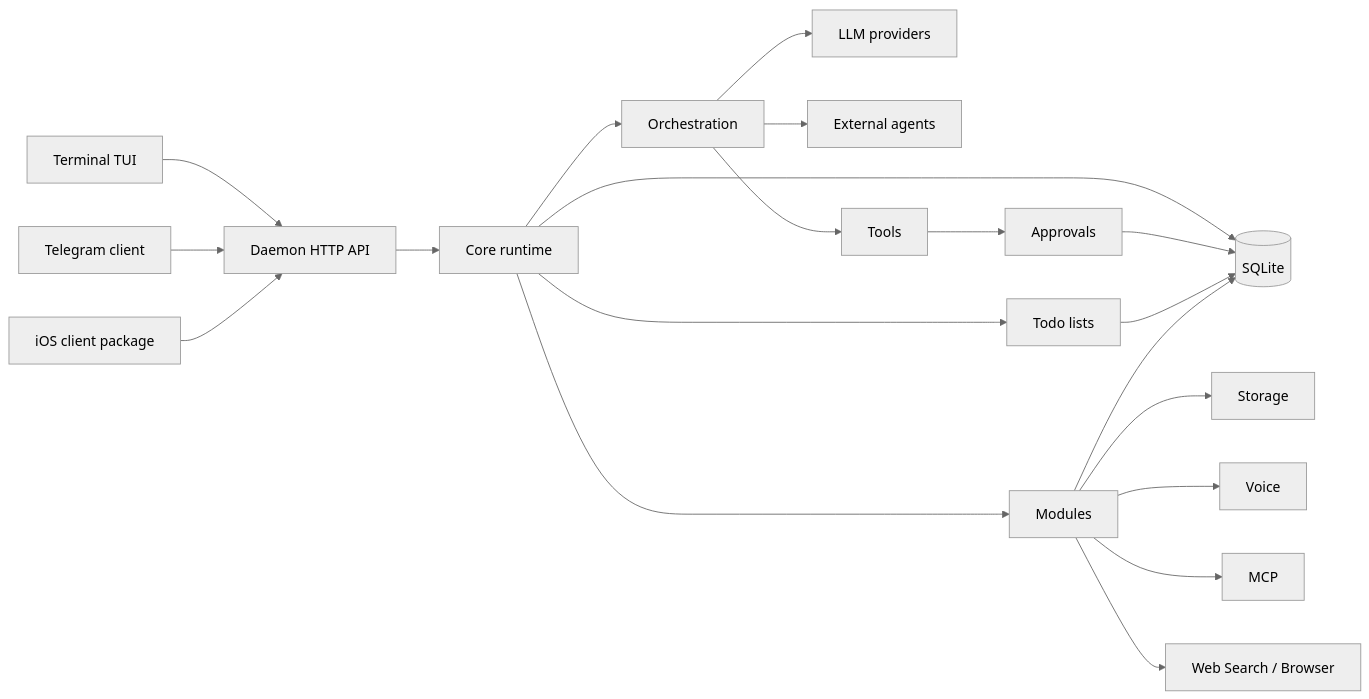
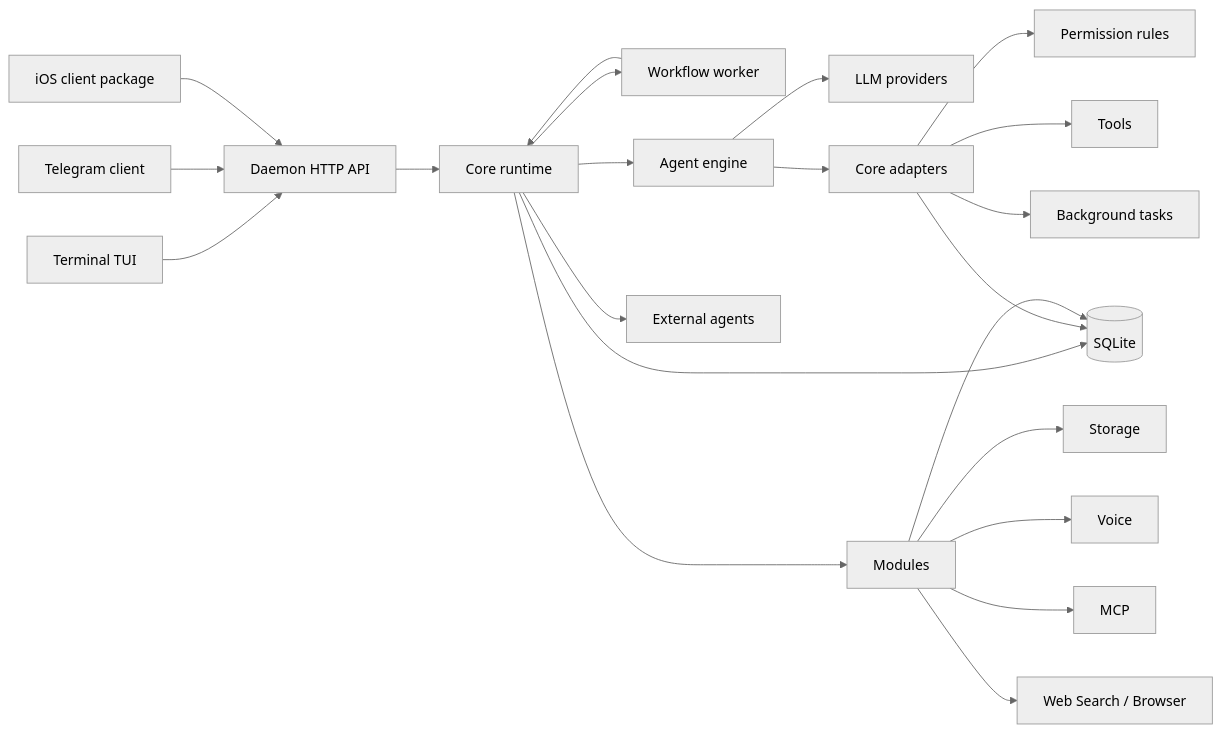
One commit to Suren878/matrixclaw changed the diagram in docs/ARCHITECTURE.md. Above: the diagram before and after it, drawn with Mermaid (neutral theme). The commit also changed other lines of this file, not shown here.

Commit message:
docs(architecture): the agent engine, its ports and core adapters

````diff
--- a/docs/ARCHITECTURE.md
+++ b/docs/ARCHITECTURE.md
@@ -6,22 +6,24 @@
 ```mermaid
 flowchart LR
     TUI[Terminal TUI] --> API[Daemon HTTP API]
     TG[Telegram client] --> API
     IOS[iOS client package] --> API
     API --> CORE[Core runtime]
     CORE --> STORE[(SQLite)]
-    CORE --> ORCH[Orchestration]
-    ORCH --> PROVIDERS[LLM providers]
-    ORCH --> AGENTS[External agents]
-    ORCH --> TOOLS[Tools]
-    TOOLS --> APPROVALS[Approvals]
+    CORE --> WF[Workflow worker]
+    WF --> CORE
+    CORE --> ENGINE[Agent engine]
+    CORE --> AGENTS[External agents]
+    ENGINE --> PROVIDERS[LLM providers]
+    ENGINE --> PORTS[Core adapters]
+    PORTS --> PERM[Permission rules]
+    PORTS --> TOOLS[Tools]
+    PORTS --> TASKS[Background tasks]
+    PORTS --> STORE
     CORE --> MODULES[Modules]
-    CORE --> TODO[Todo lists]
     MODULES --> STORAGE[Storage]
     MODULES --> VOICE[Voice]
     MODULES --> MCP[MCP]
     MODULES --> WEB[Web Search / Browser]
-    APPROVALS --> STORE
-    TODO --> STORE
     MODULES --> STORE
 ```
````
